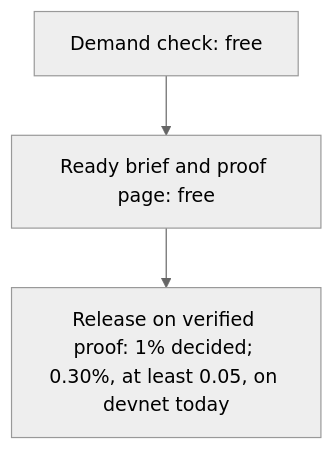
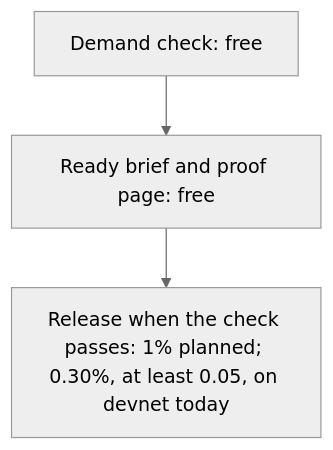
Before and after one commit to drexthealpha/Knos: the diagram in docs/PRICING.md, drawn with Mermaid (neutral theme). The commit also changed other lines of this file and 101 other files, not shown here.

````diff
--- a/docs/PRICING.md
+++ b/docs/PRICING.md
@@ -31,8 +38,8 @@
 ```mermaid
 flowchart TB
     check["Demand check: free"]
     brief["Ready brief and proof page: free"]
-    paid["Release on verified proof: 1% decided; 0.30%, at least 0.05, on devnet today"]
+    paid["Release when the check passes: 1% planned; 0.30%, at least 0.05, on devnet today"]
     check --> brief
     brief --> paid
 ```
````
